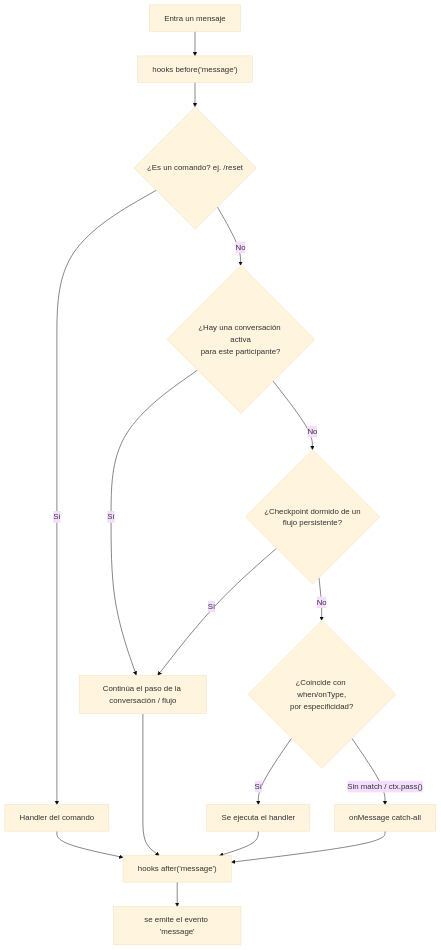
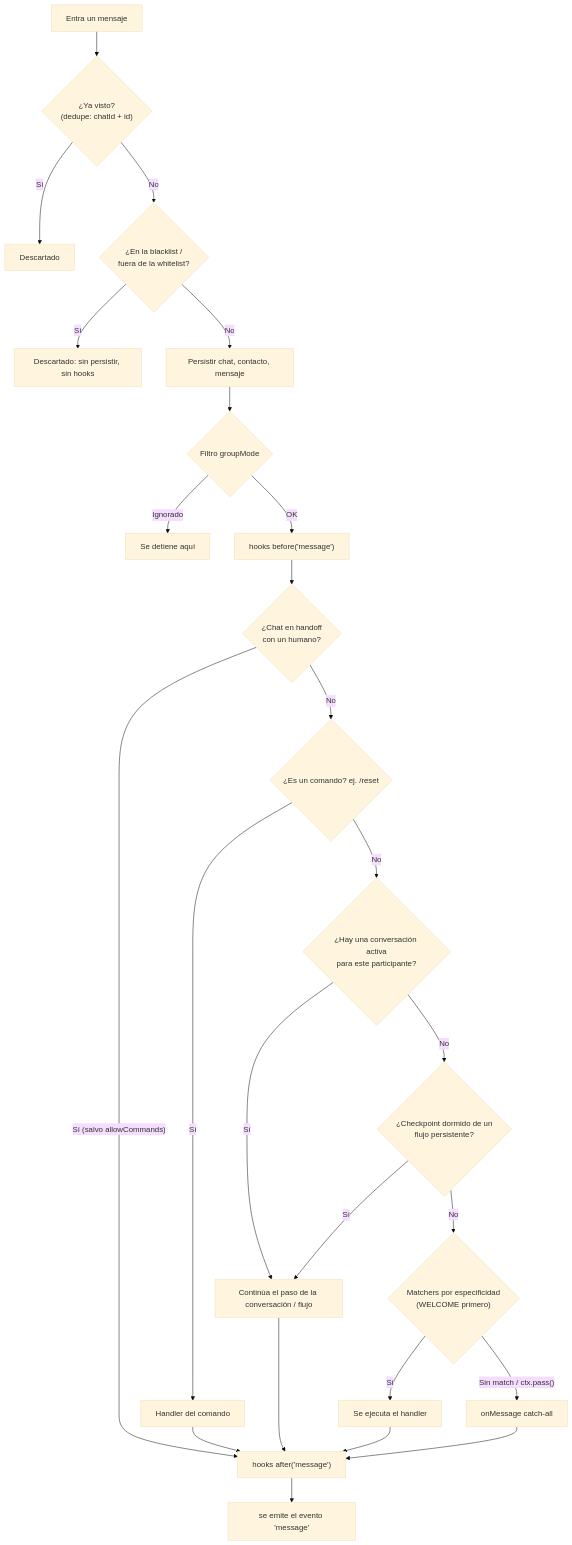
The diagram in docs/es/guide/conceptos.md (andresayac/bot-wa-baileys), drawn with Mermaid (base theme) before and after one commit. The commit also changed other lines of this file and 28 other files, not shown here.

````diff
--- a/docs/es/guide/conceptos.md
+++ b/docs/es/guide/conceptos.md
@@ -11,18 +14,27 @@
 ```mermaid
 flowchart TD
-    A[Entra un mensaje] --> B["hooks before('message')"]
-    B --> C{"¿Es un comando? ej. /reset"}
+    A[Entra un mensaje] --> DD{"¿Ya visto?<br/>(dedupe: chatId + id)"}
+    DD -->|Sí| X0[Descartado]
+    DD -->|No| ACL{"¿En la blacklist /<br/>fuera de la whitelist?"}
+    ACL -->|Sí| X1[Descartado: sin persistir, sin hooks]
+    ACL -->|No| P[Persistir chat, contacto, mensaje]
+    P --> GM{"Filtro groupMode"}
+    GM -->|Ignorado| X2[Se detiene aquí]
+    GM -->|OK| B["hooks before('message')"]
+    B --> HO{"¿Chat en handoff<br/>con un humano?"}
+    HO -->|"Sí (salvo allowCommands)"| J
+    HO -->|No| C{"¿Es un comando? ej. /reset"}
     C -->|Sí| D[Handler del comando]
     C -->|No| E{¿Hay una conversación activa<br/>para este participante?}
     E -->|Sí| F[Continúa el paso de la conversación / flujo]
     E -->|No| R{¿Checkpoint dormido de un<br/>flujo persistente?}
     R -->|Sí| F
-    R -->|No| G{¿Coincide con when/onType,<br/>por especificidad?}
+    R -->|No| G{"Matchers por especificidad<br/>(WELCOME primero)"}
     G -->|Sí| H[Se ejecuta el handler]
     G -->|"Sin match / ctx.pass()"| I[onMessage catch-all]
     D --> J["hooks after('message')"]
     F --> J
     H --> J
     I --> J
     J --> K["se emite el evento 'message'"]
 ```
````
